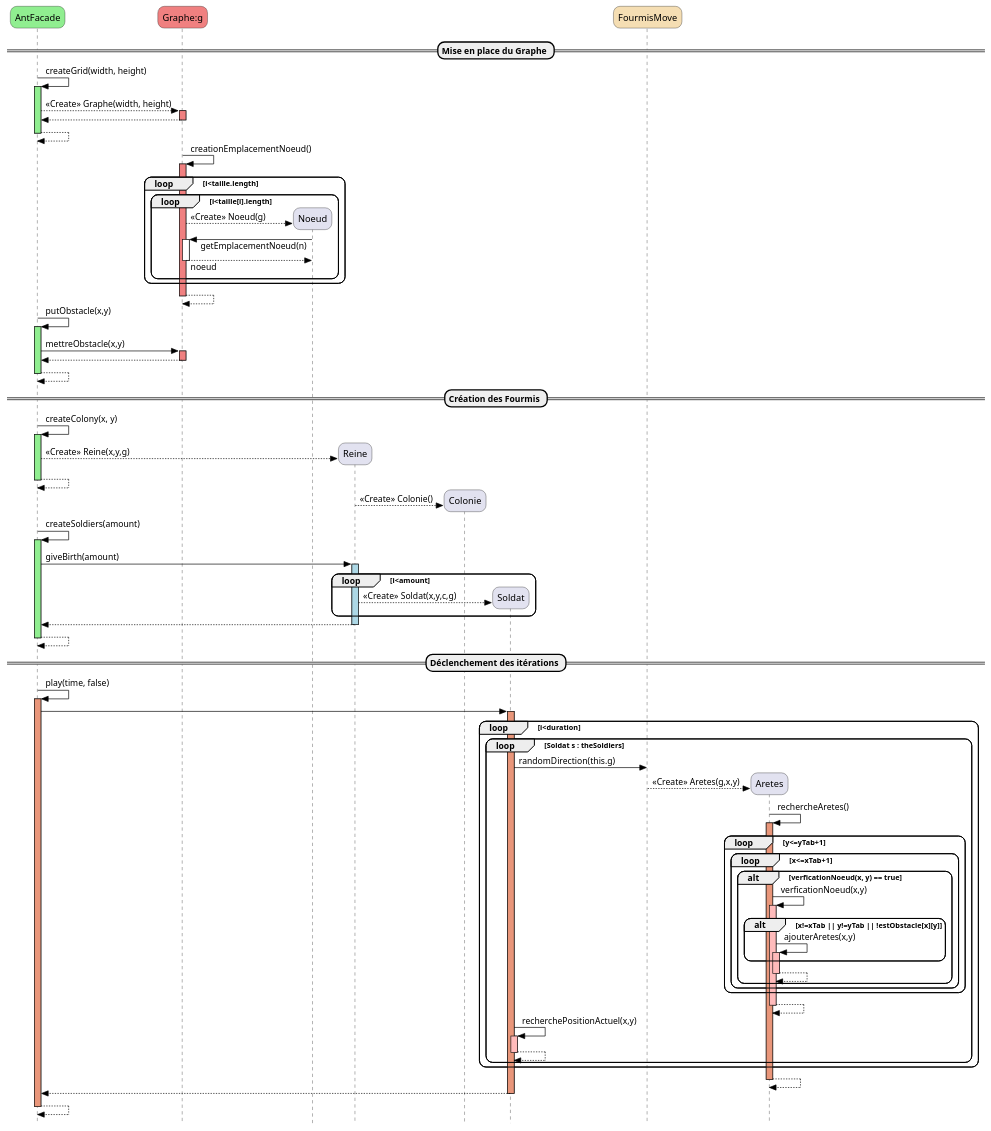
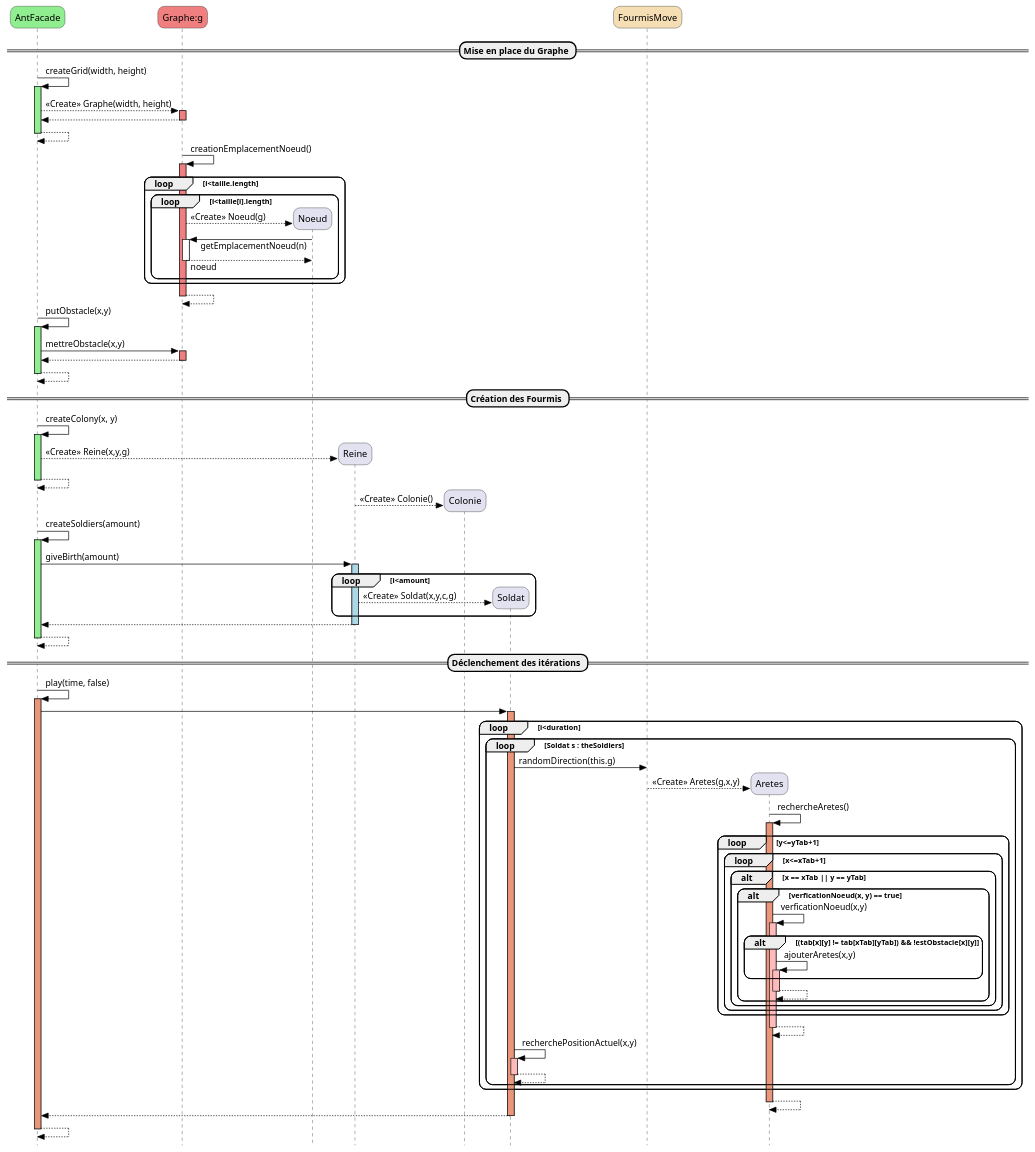
Before and after one commit to jvondermarck/ant-colony: the diagram in plantUML/V1/Fourmis_DS_Iteration.puml, drawn with PlantUML. The commit also changed 2 other files, not shown here.

```diff
--- a/plantUML/V1/Fourmis_DS_Iteration.puml
+++ b/plantUML/V1/Fourmis_DS_Iteration.puml
@@ -1,92 +1,94 @@
 @startuml
 'https://plantuml.com/sequence-diagram
 
 skinparam style strictuml
 skinparam responseMessageBelowArrow true
 skinparam roundcorner 20
 skinparam ArrowColor #black
 hide footbox
 
 participant "AntFacade" as ant #lightgreen
 participant "Graphe:g" as graphe #lightcoral
 
 == Mise en place du Graphe ==
 ' ---------GRAPHE--------------
 ant -> ant++ #lightgreen : createGrid(width, height)
     ant --> graphe++ #lightcoral : <<Create>> Graphe(width, height)
 return
 return
 
 graphe -> graphe++ #lightcoral : creationEmplacementNoeud()
 loop i<taille.length
     loop i<taille[i].length
         ' ---------NOEUD--------------
             create Noeud
             graphe --> Noeud : <<Create>> Noeud(g)
             graphe <- Noeud++ : getEmplacementNoeud(n)
                 return noeud
     end
 end
 return
 
 ant -> ant++ #lightgreen : putObstacle(x,y)
     ant -> graphe++ #lightcoral : mettreObstacle(x,y)
 return
 return
 
 == Création des Fourmis ==
 ' ---------REINE--------------
 ant -> ant++ #lightgreen : createColony(x, y)
 create Reine
     ant --> Reine : <<Create>> Reine(x,y,g)
 return
 
 ' ---------COLONIE--------------
 create Colonie
 Reine --> Colonie : <<Create>> Colonie()
 
 ant -> ant++ #lightgreen : createSoldiers(amount)
     ant -> Reine++ #lightblue : giveBirth(amount)
     loop i<amount
         ' ---------SOLDAT--------------
         create Soldat
         Reine --> Soldat : <<Create>> Soldat(x,y,c,g)
     end
 return
 return
 
 participant "FourmisMove" #Wheat
 == Déclenchement des itérations ==
 ant -> ant++ #DarkSalmon : play(time, false)
 ant -> Soldat++ #DarkSalmon
 loop i<duration
     loop Soldat s : theSoldiers
         Soldat -> FourmisMove : randomDirection(this.g)
         ' ---------ARETES--------------
         create Aretes
         FourmisMove --> Aretes : <<Create>> Aretes(g,x,y)
         Aretes -> Aretes++ #DarkSalmon : rechercheAretes()
         loop y<=yTab+1
             loop x<=xTab+1
-                alt verficationNoeud(x, y) == true
-                    Aretes -> Aretes++ #FFBBBB : verficationNoeud(x,y)
-                        alt x!=xTab || y!=yTab || !estObstacle[x][y]
-                            Aretes -> Aretes++ #FFBBBB : ajouterAretes(x,y)
-                        end
-                    return
+                alt x == xTab || y == yTab
+                    alt verficationNoeud(x, y) == true
+                        Aretes -> Aretes++ #FFBBBB : verficationNoeud(x,y)
+                            alt (tab[x][y] != tab[xTab][yTab]) && !estObstacle[x][y]
+                                Aretes -> Aretes++ #FFBBBB : ajouterAretes(x,y)
+                            end
+                        return
+                    end
                 end
             end
         end
             return
         Soldat -> Soldat++ #FFBBBB : recherchePositionActuel(x,y)
             return
     end
 end
 return
 return
 return
 
 
 
 
 @enduml
```
